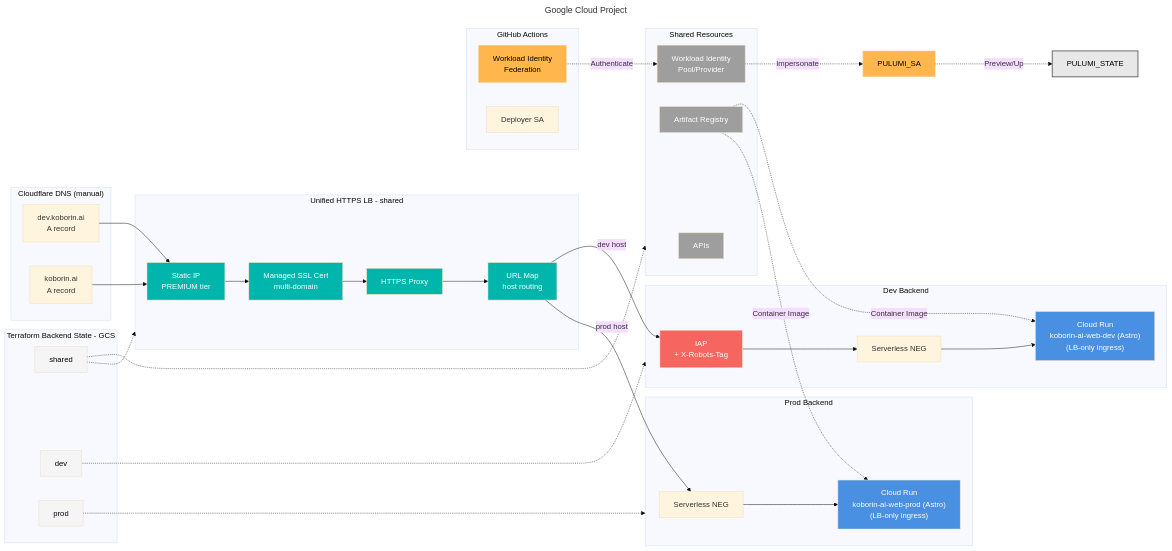
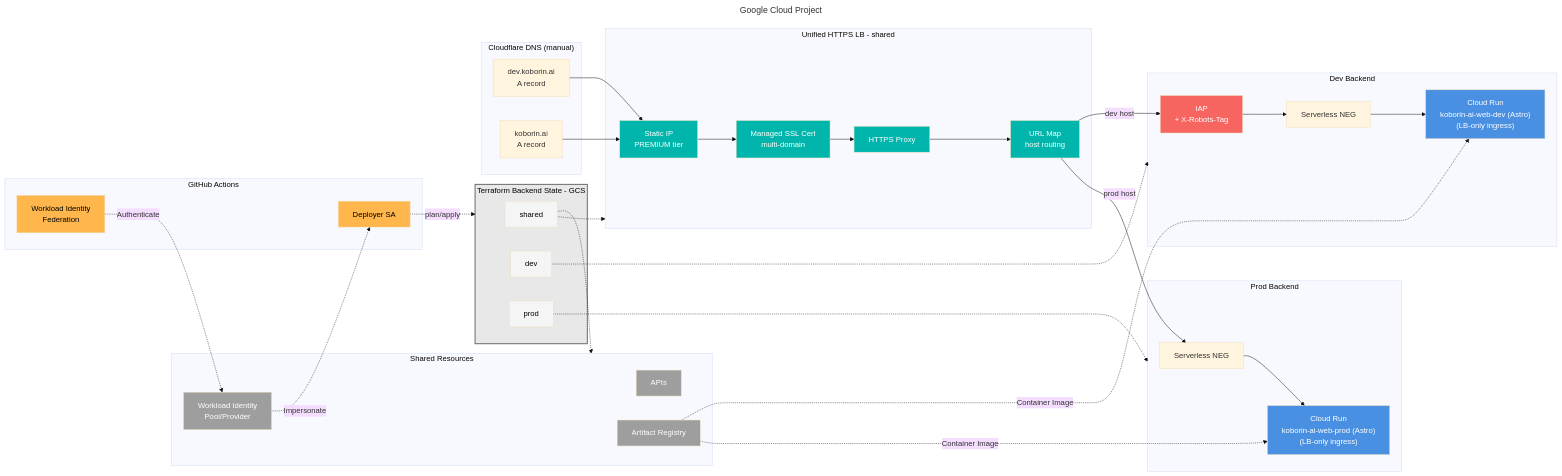
One commit to koborin-ai/site changed the first of 2 diagrams in README.md. Above: the diagram before and after it, drawn with Mermaid (base theme). The commit also changed other lines of this file and 2 other files, not shown here.

Commit message:
docs: align README and agent guides with TerraDart infra
Update operational docs after the Pulumi-to-TerraDart migration without touching published architecture articles.

````diff
--- a/README.md
+++ b/README.md
@@ -77,10 +77,10 @@
     PROD_NEG --> PROD_CR
     
     GH_WIF -.->|"Authenticate"| WIF
-    WIF -.->|"Impersonate"| PULUMI_SA
-    PULUMI_SA -.->|"Preview/Up"| PULUMI_STATE
+    WIF -.->|"Impersonate"| DEPLOYER_SA
+    DEPLOYER_SA -.->|"plan/apply"| TF_STATE
     
-    style PULUMI_STATE fill:#E8E8E8,color:#000,stroke:#666,stroke-width:2px
+    style TF_STATE fill:#E8E8E8,color:#000,stroke:#666,stroke-width:2px
     style STATE_SHARED fill:#F5F5F5,color:#000
     style STATE_DEV fill:#F5F5F5,color:#000
     style STATE_PROD fill:#F5F5F5,color:#000
@@ -95,5 +95,5 @@
     style DEV_CR fill:#4A90E2,color:#fff
     style PROD_CR fill:#4A90E2,color:#fff
     style GH_WIF fill:#FFB74D,color:#000
-    style PULUMI_SA fill:#FFB74D,color:#000
+    style DEPLOYER_SA fill:#FFB74D,color:#000
 ```
````
